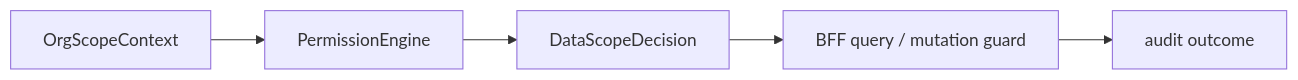
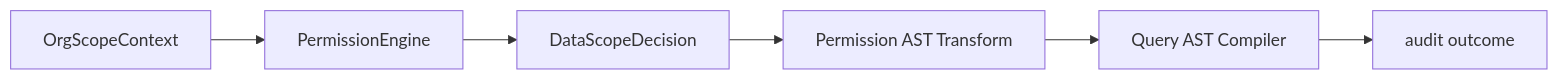
One commit to zhongmiao-org/meta-lc-platform changed the diagram in packages/permission/README.md. Above: the diagram before and after it, drawn with Mermaid. The commit also changed other lines of this file and 32 other files, not shown here.

Commit message:
feat(permission): add query AST transform (#112)

````diff
--- a/packages/permission/README.md
+++ b/packages/permission/README.md
@@ -24,7 +26,8 @@
 ```mermaid
 flowchart LR
   Context["OrgScopeContext"] --> Engine["PermissionEngine"]
   Engine --> Decision["DataScopeDecision"]
-  Decision --> Query["BFF query / mutation guard"]
+  Decision --> Transform["Permission AST Transform"]
+  Transform --> Query["Query AST Compiler"]
   Query --> Audit["audit outcome"]
 ```
````
